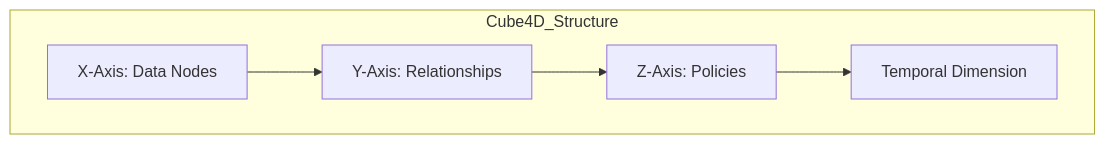
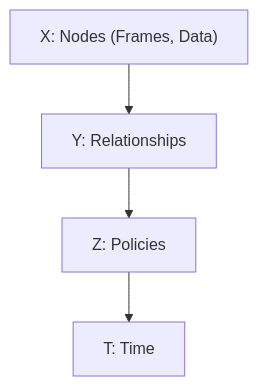
The first of 3 diagrams in README.md (TheGuyFromTheApprentice/ActiveGraphNetworks), drawn with Mermaid before and after one commit. The commit also changed other lines of this file, not shown here.

````diff
--- a/README.md
+++ b/README.md
@@ -40,12 +78,10 @@
 ```mermaid
 graph TD
-    subgraph Cube4D_Structure
-        X["X-Axis: Data Nodes"]
-        Y["Y-Axis: Relationships"]
-        Z["Z-Axis: Policies"]
-        T["Temporal Dimension"]
-    end
+    X["X: Nodes (Frames, Data)"]
+    Y["Y: Relationships"]
+    Z["Z: Policies"]
+    T["T: Time"]
     X --> Y
     Y --> Z
     Z --> T
 ```
````
